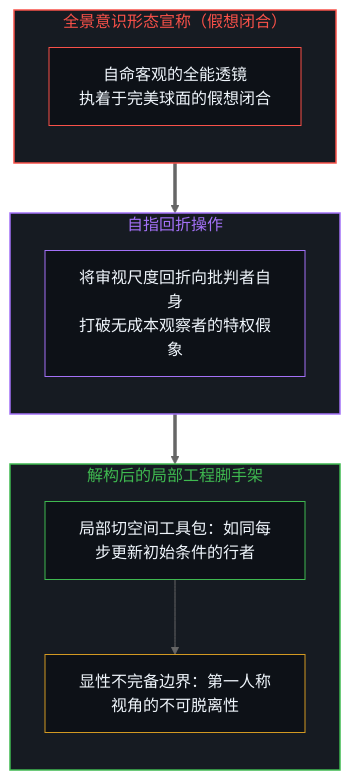
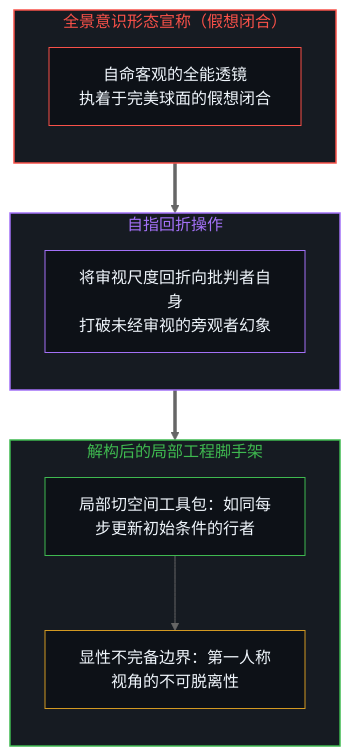
The seventh of 8 diagrams in content/posts/the-unexamined-critic.md (powerpig99/not-a-toe), drawn with Mermaid (neutral theme) before and after one commit. The commit also changed other lines of this file and 8 other files, not shown here.

````diff
--- a/content/posts/the-unexamined-critic.md
+++ b/content/posts/the-unexamined-critic.md
@@ -187,26 +187,26 @@
 ```mermaid
 flowchart TD
     subgraph S_Dogma ["全景意识形态宣称（假想闭合）"]
         direction TB
         TotalClaim["自命客观的全能透镜<br/>执着于完美球面的假想闭合"]
     end
     subgraph S_Fold ["自指回折操作"]
         direction TB
-        SelfReflect["将审视尺度回折向批判者自身<br/>打破无成本观察者的特权假象"]
+        SelfReflect["将审视尺度回折向批判者自身<br/>打破未经审视的旁观者幻象"]
     end
     subgraph S_Instrument ["解构后的局部工程脚手架"]
         direction TB
         LocalTool["局部切空间工具包：如同每步更新初始条件的行者"]
         BoundSign["显性不完备边界：第一人称视角的不可脱离性"]
         LocalTool --> BoundSign
     end
     S_Dogma ==> S_Fold
     S_Fold ==> S_Instrument
     style S_Dogma fill:#161b22,stroke:#f85149,stroke-width:1.5px,color:#f85149
     style S_Fold fill:#161b22,stroke:#a371f7,stroke-width:1.5px,color:#a371f7
     style S_Instrument fill:#161b22,stroke:#3fb950,stroke-width:1.5px,color:#3fb950
     style TotalClaim fill:#0d1117,stroke:#f85149,stroke-width:1px,color:#f0f6fc
     style SelfReflect fill:#0d1117,stroke:#a371f7,stroke-width:1px,color:#f0f6fc
     style LocalTool fill:#0d1117,stroke:#3fb950,stroke-width:1px,color:#f0f6fc
     style BoundSign fill:#0d1117,stroke:#d29922,stroke-width:1px,color:#f0f6fc
 ```
````
